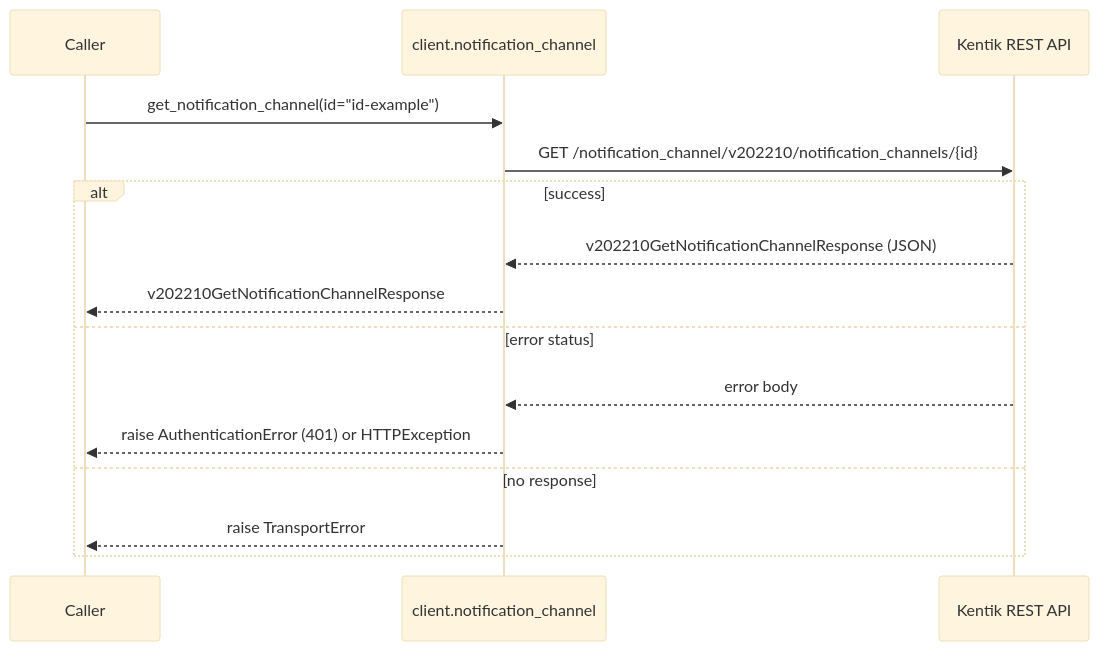
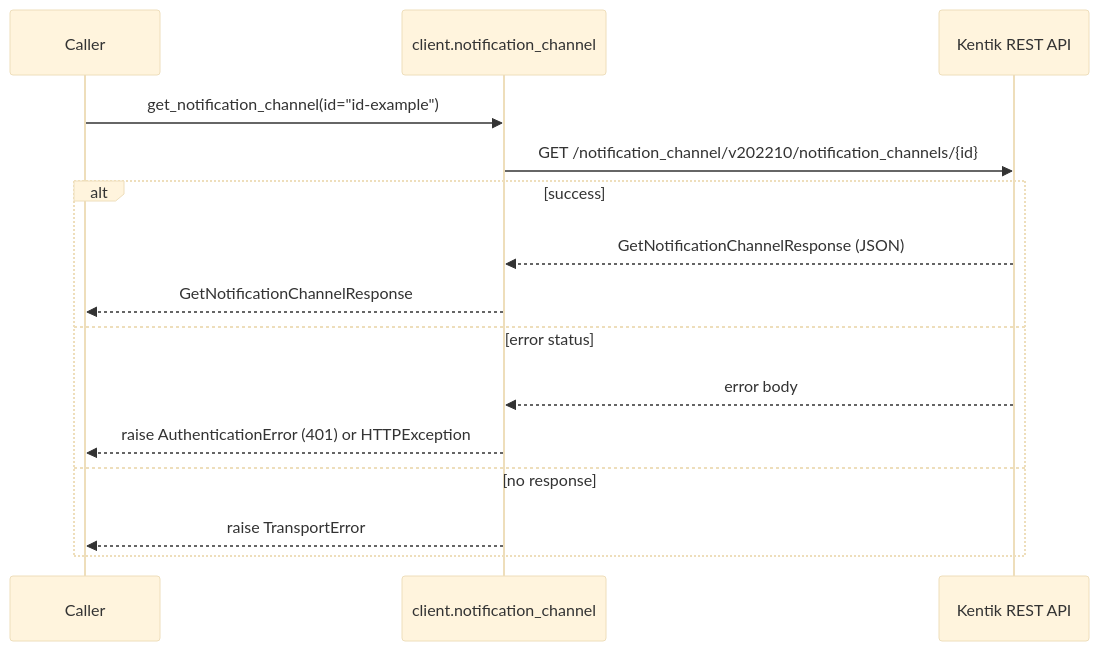
One commit to alexdearaujo/community_sdk_python changed the sixth of 8 diagrams in docs/sphinx/services/notification_channel.md. Above: the diagram before and after it, drawn with Mermaid (base theme). The commit also changed other lines of this file and 38 other files, not shown here.

````diff
--- a/docs/sphinx/services/notification_channel.md
+++ b/docs/sphinx/services/notification_channel.md
@@ -182,18 +182,18 @@
 ```mermaid
 sequenceDiagram
     participant C as Caller
     participant W as client.notification_channel
     participant API as Kentik REST API
 
     C->>W: get_notification_channel(id="id-example")
     W->>API: GET /notification_channel/v202210/notification_channels/{id}
     alt success
-        API-->>W: v202210GetNotificationChannelResponse (JSON)
-        W-->>C: v202210GetNotificationChannelResponse
+        API-->>W: GetNotificationChannelResponse (JSON)
+        W-->>C: GetNotificationChannelResponse
     else error status
         API-->>W: error body
         W-->>C: raise AuthenticationError (401) or HTTPException
     else no response
         W-->>C: raise TransportError
     end
 ```
````
